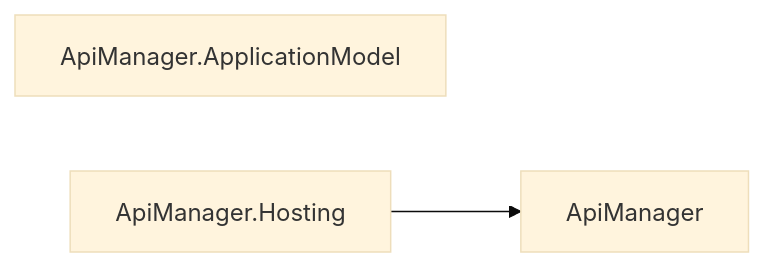
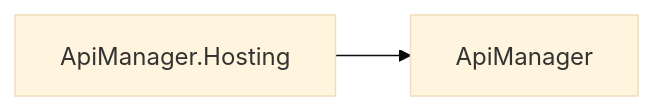
Diagram 12 of 27 in docs/DEPENDENCIES.md (assimalign/cohesion), drawn with Mermaid (base theme) before and after one commit. The commit also changed other lines of this file and 441 other files, not shown here.

````diff
--- a/docs/DEPENDENCIES.md
+++ b/docs/DEPENDENCIES.md
@@ -590,7 +590,6 @@
 ```mermaid
 flowchart LR
     N0["ApiManager"]
-    N1["ApiManager.ApplicationModel"]
-    N2["ApiManager.Hosting"]
-    N2 --> N0
+    N1["ApiManager.Hosting"]
+    N1 --> N0
 ```
````
